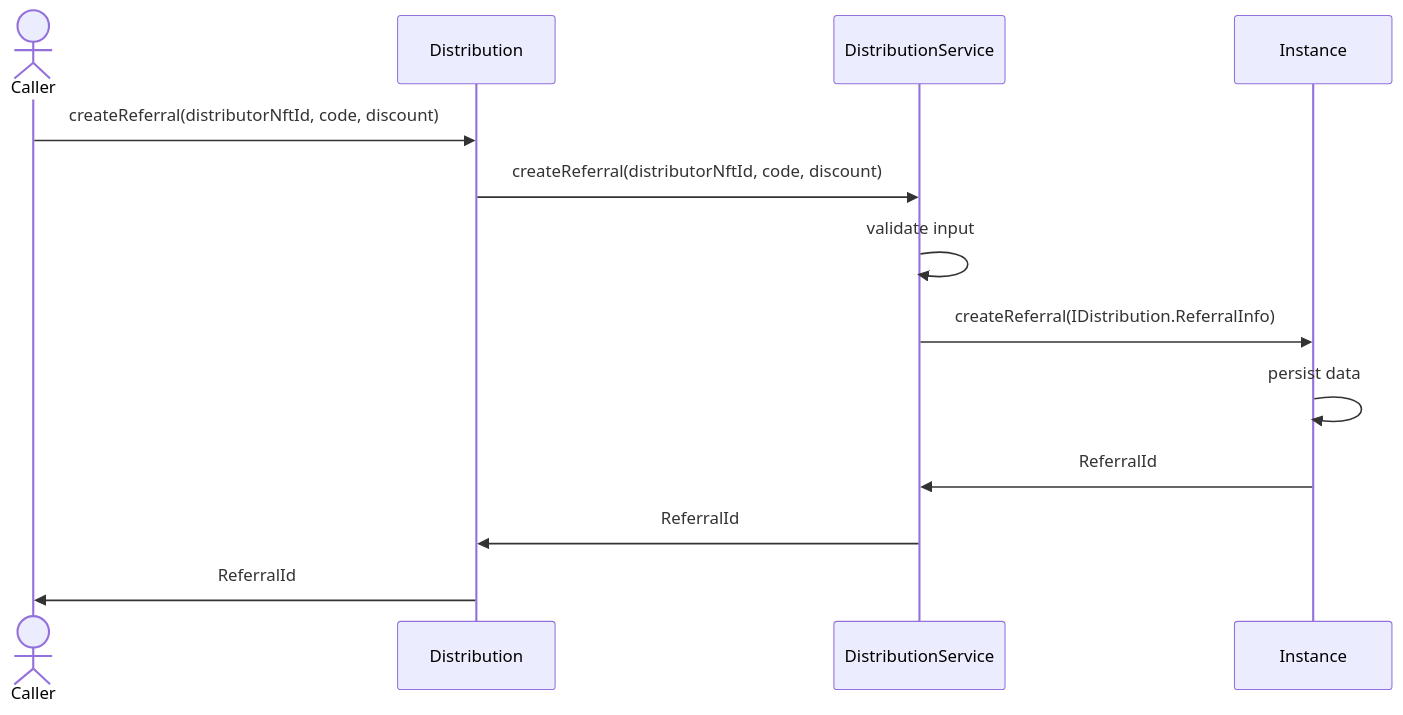
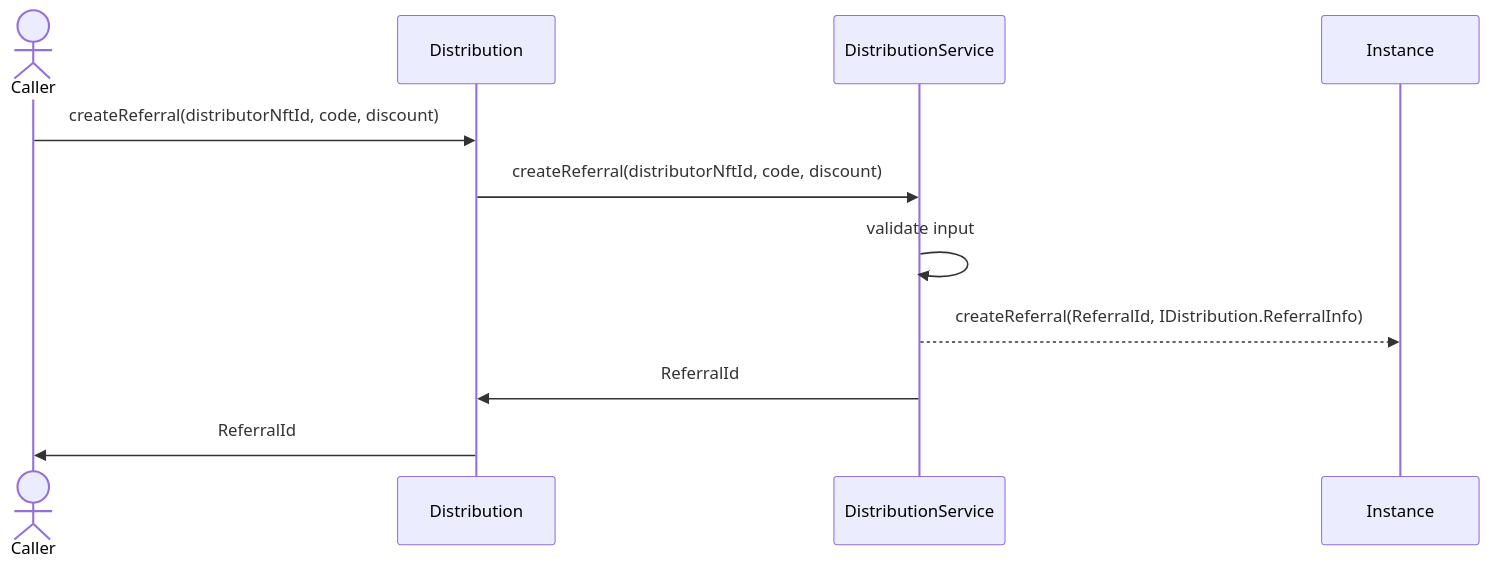
The third of 5 diagrams in docs_manual/distribution.md (etherisc/gif-next), drawn with Mermaid before and after one commit. The commit also changed other lines of this file and 1 other file, not shown here.

Commit message:
update sequences (#240)

````diff
--- a/docs_manual/distribution.md
+++ b/docs_manual/distribution.md
@@ -49,16 +45,14 @@
 ```mermaid
 sequenceDiagram
     actor C as Caller
     participant D as Distribution
     participant DS as DistributionService
     participant I as Instance
     
     C ->> D: createReferral(distributorNftId, code, discount)
     D ->> DS: createReferral(distributorNftId, code, discount)
     DS ->> DS: validate input
-    DS ->> I: createReferral(IDistribution.ReferralInfo)
-    I ->> I: persist data
-    I ->> DS: ReferralId
+    DS -->> I: createReferral(ReferralId, IDistribution.ReferralInfo)
     DS ->> D: ReferralId
     D ->> C: ReferralId
 ```
````
